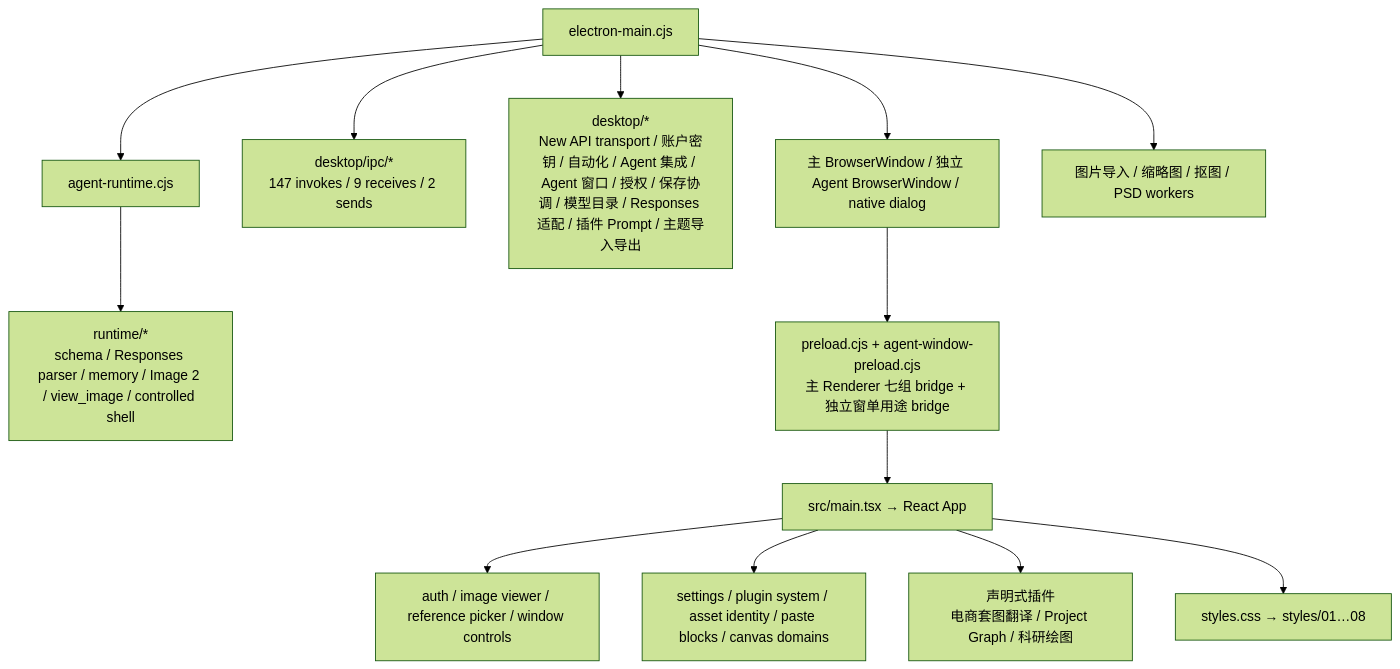
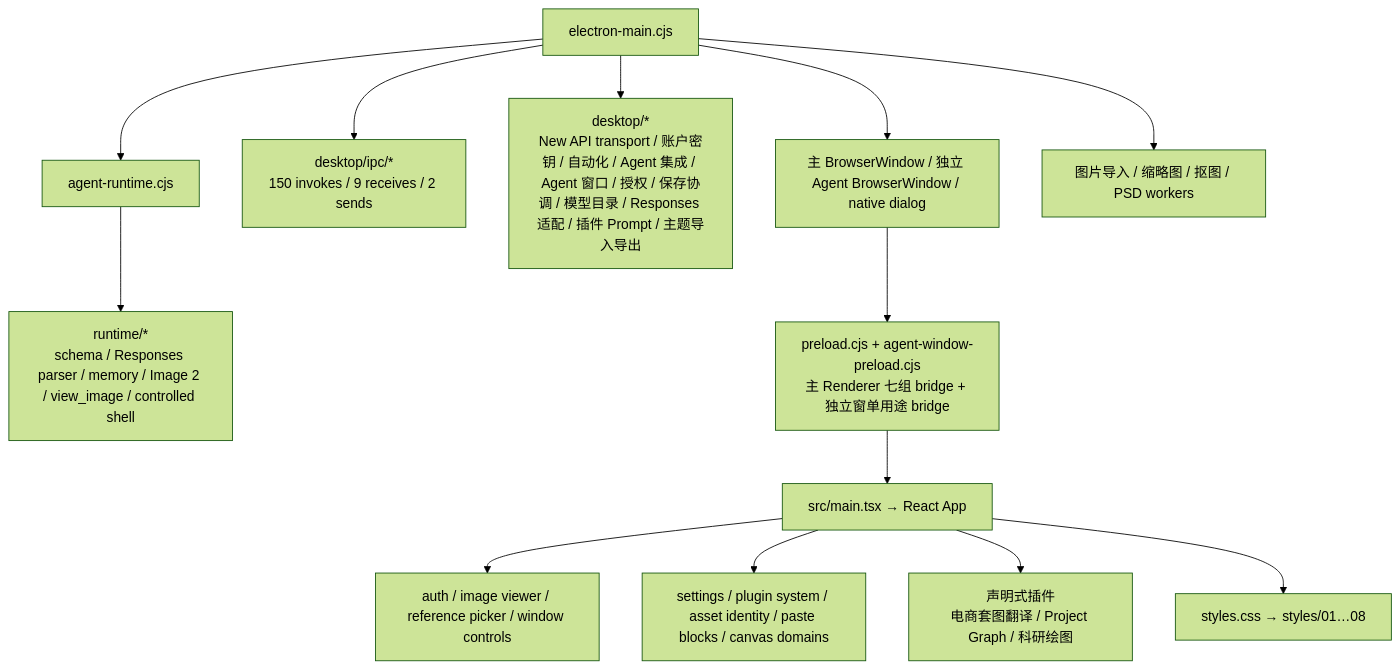
Before and after one commit to naMeaning/SparkAI-WorkSpace: the second of 2 diagrams in WORKSPACE_CONTEXT_MAP.md, drawn with Mermaid (forest theme). The commit also changed other lines of this file and 52 other files, not shown here.

````diff
--- a/WORKSPACE_CONTEXT_MAP.md
+++ b/WORKSPACE_CONTEXT_MAP.md
@@ -59,15 +68,15 @@
 ```mermaid
 flowchart TD
   Entry["electron-main.cjs"] --> Window["主 BrowserWindow / 独立 Agent BrowserWindow / native dialog"]
-  Entry --> Ipc["desktop/ipc/*\n147 invokes / 9 receives / 2 sends"]
+  Entry --> Ipc["desktop/ipc/*\n150 invokes / 9 receives / 2 sends"]
   Entry --> DesktopModules["desktop/*\nNew API transport / 账户密钥 / 自动化 / Agent 集成 / Agent 窗口 / 授权 / 保存协调 / 模型目录 / Responses 适配 / 插件 Prompt / 主题导入导出"]
   Entry --> Runtime["agent-runtime.cjs"]
   Runtime --> RuntimeModules["runtime/*\nschema / Responses parser / memory / Image 2 / view_image / controlled shell"]
   Entry --> Workers["图片导入 / 缩略图 / 抠图 / PSD workers"]
   Window --> Preload["preload.cjs + agent-window-preload.cjs\n主 Renderer 七组 bridge + 独立窗单用途 bridge"]
   Preload --> Renderer["src/main.tsx → React App"]
   Renderer --> SurfaceModules["auth / image viewer / reference picker / window controls"]
   Renderer --> DomainModules["settings / plugin system / asset identity / paste blocks / canvas domains"]
   Renderer --> PluginModules["声明式插件\n电商套图翻译 / Project Graph / 科研绘图"]
   Renderer --> Styles["styles.css → styles/01…08"]
 ```
````
